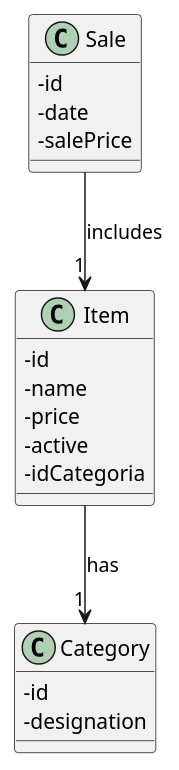
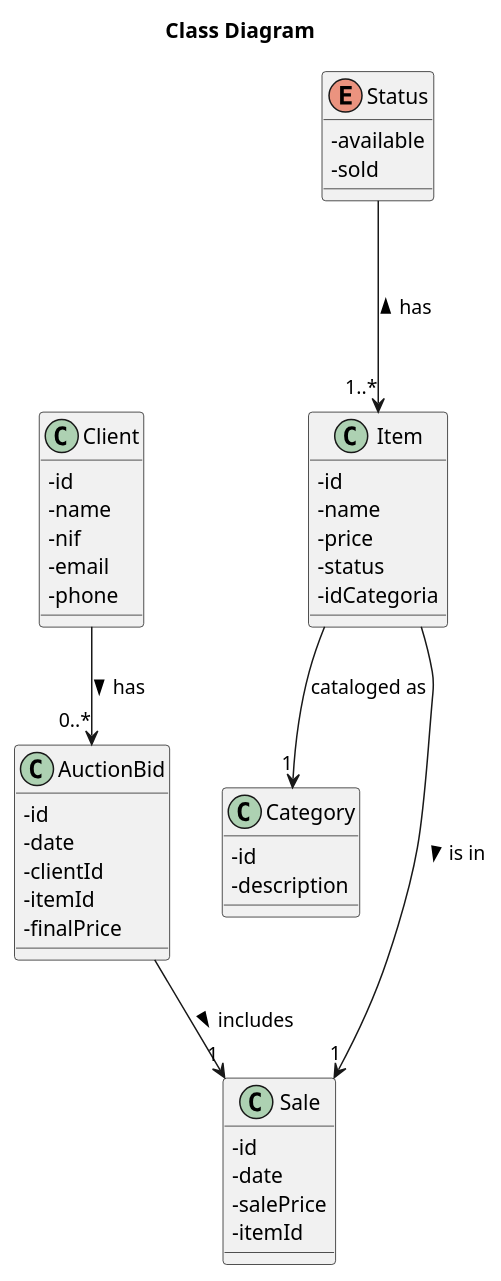
The diagram in documentation/global-artifacts/03.design/CD.puml (iolanda-dourado/AuctionManagement), drawn with PlantUML before and after one commit. The commit also changed 14 other files, not shown here.

```diff
--- a/documentation/global-artifacts/03.design/CD.puml
+++ b/documentation/global-artifacts/03.design/CD.puml
@@ -1,35 +1,61 @@
 @startuml
 'skinparam monochrome true
 skinparam packageStyle rectangle
 skinparam shadowing false
 skinparam linetype polyline
-'skinparam linetype orto
+skinparam linetype orto
 
 skinparam classAttributeIconSize 0
 
 'left to right direction
 
+title Class Diagram
+
 class Item {
     - id
     - name
     - price
-    - active
+    - status
     - idCategoria
 }
 
 class Category {
     - id
-    - designation
+    - description
+}
+
+enum Status {
+    - available
+    - sold
 }
 
 class Sale {
     - id
     - date
     - salePrice
+    - itemId
 }
 
-Item --> "1" Category : has
+class AuctionBid {
+    - id
+    - date
+    - clientId
+    - itemId
+    - finalPrice
+}
 
-Sale --> "1" Item : includes
+class Client {
+    - id
+    - name
+    - nif
+    - email
+    - phone
+}
+
+Item --> "1" Category : cataloged as
+Item ---> "1" Sale: is in >
+Status ---> "1..*" Item : has <
+Client --> "0..*" AuctionBid : has >
+AuctionBid --> "1" Sale: includes >
 
 @enduml
```
